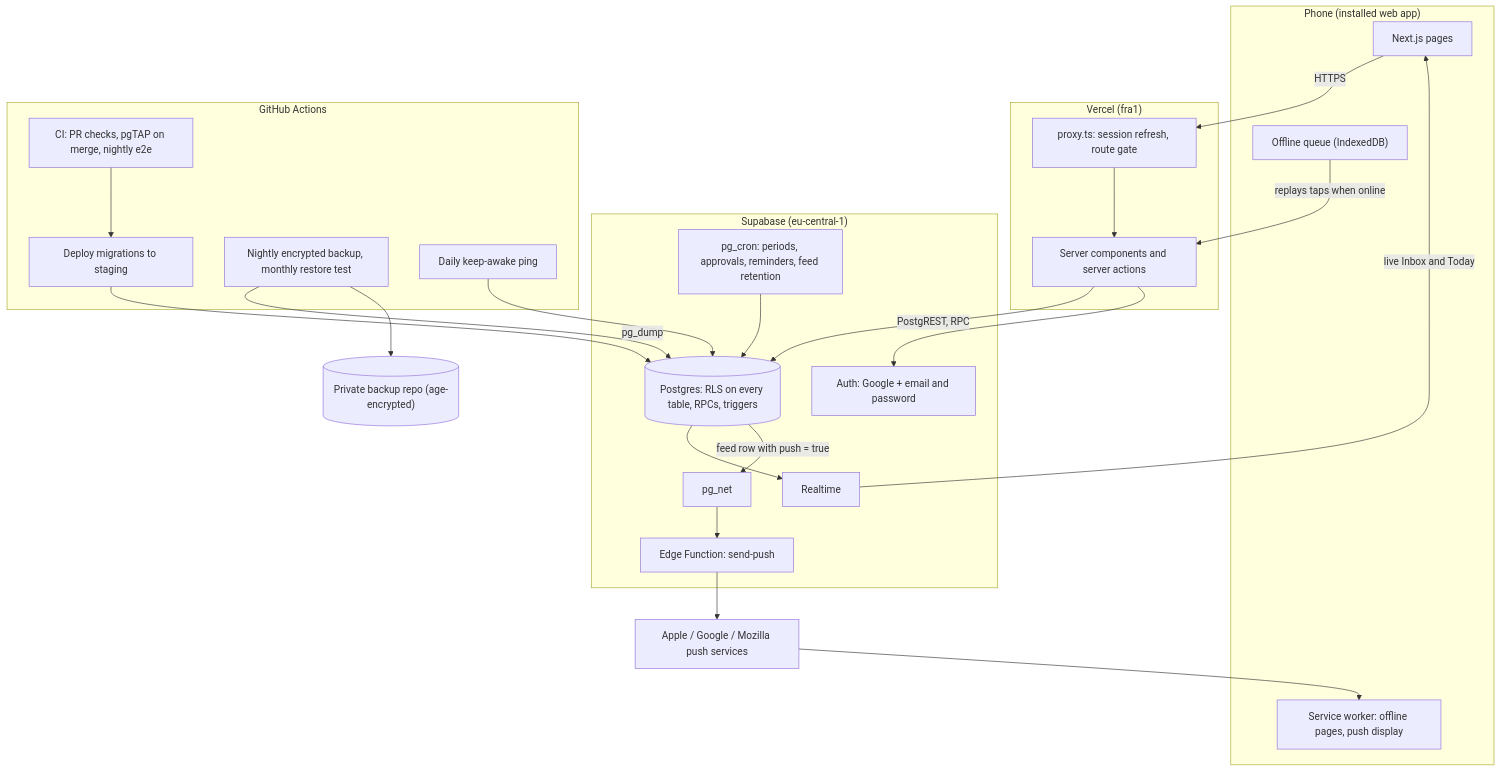
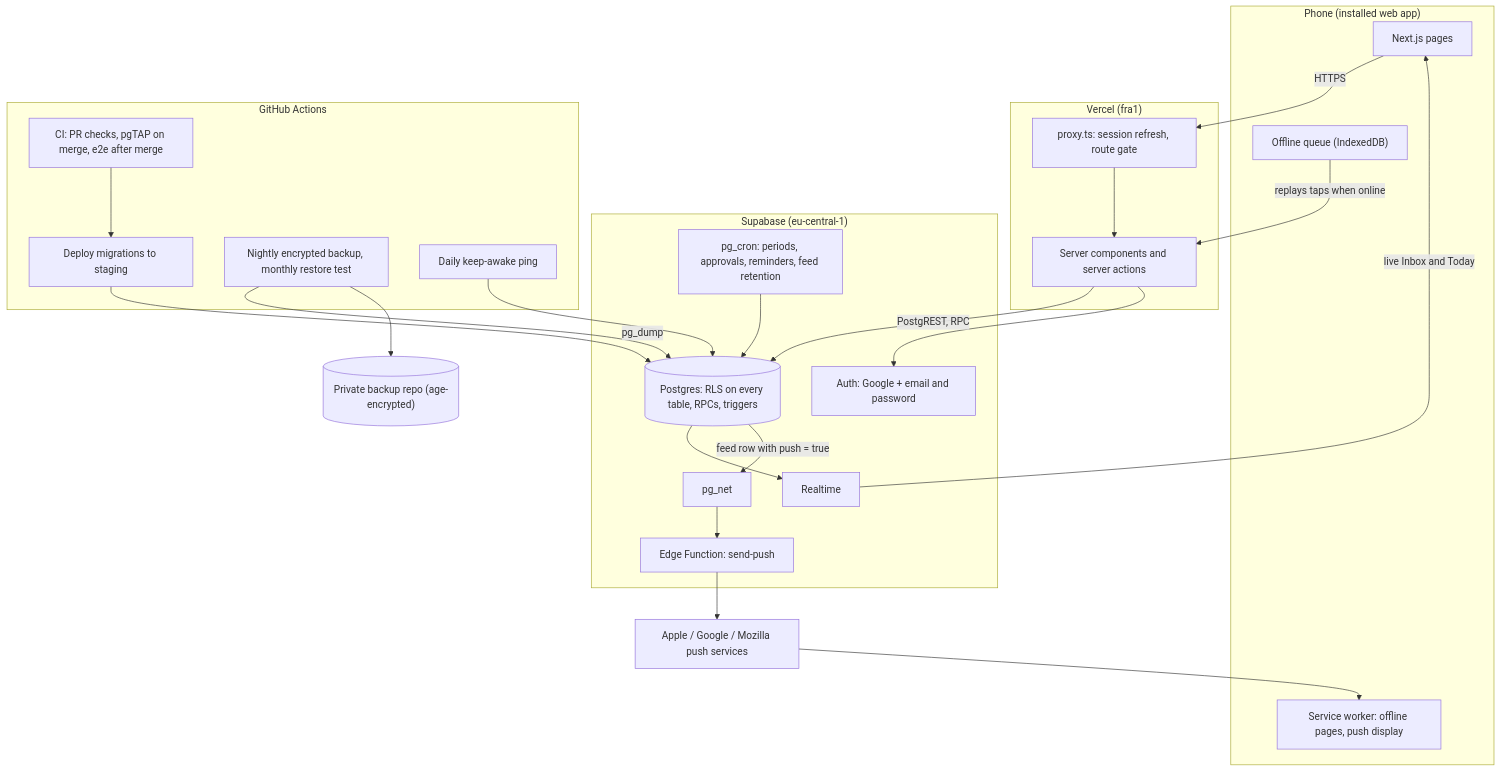
The first of 4 diagrams in docs/architecture.md (naum-4ik/keepup), drawn with Mermaid before and after one commit. The commit also changed other lines of this file and 5 other files, not shown here.

First line of the commit message:
ci: one sanity e2e test on every PR; the full suite after each merge

````diff
--- a/docs/architecture.md
+++ b/docs/architecture.md
@@ -7,39 +7,39 @@
 ```mermaid
 flowchart TB
     subgraph Phone["Phone (installed web app)"]
         UI["Next.js pages"]
         SW["Service worker: offline pages, push display"]
         Q["Offline queue (IndexedDB)"]
     end
     subgraph Vercel["Vercel (fra1)"]
         Proxy["proxy.ts: session refresh, route gate"]
         Fn["Server components and server actions"]
     end
     subgraph Supabase["Supabase (eu-central-1)"]
         Auth["Auth: Google + email and password"]
         PG[("Postgres: RLS on every table, RPCs, triggers")]
         RT["Realtime"]
         Cron["pg_cron: periods, approvals, reminders, feed retention"]
         Net["pg_net"]
         Push["Edge Function: send-push"]
     end
     PushSvc["Apple / Google / Mozilla push services"]
     subgraph GitHub["GitHub Actions"]
-        CI["CI: PR checks, pgTAP on merge, nightly e2e"]
+        CI["CI: PR checks, pgTAP on merge, e2e after merge"]
         Deploy["Deploy migrations to staging"]
         Backup["Nightly encrypted backup, monthly restore test"]
         Keep["Daily keep-awake ping"]
     end
     Vault[("Private backup repo (age-encrypted)")]
 
     UI -->|HTTPS| Proxy --> Fn -->|PostgREST, RPC| PG
     Fn --> Auth
     Q -->|replays taps when online| Fn
     PG --> RT -->|live Inbox and Today| UI
     Cron --> PG
     PG -->|feed row with push = true| Net --> Push --> PushSvc --> SW
     CI --> Deploy --> PG
     Backup -->|pg_dump| PG
     Backup --> Vault
     Keep --> PG
 ```
````
